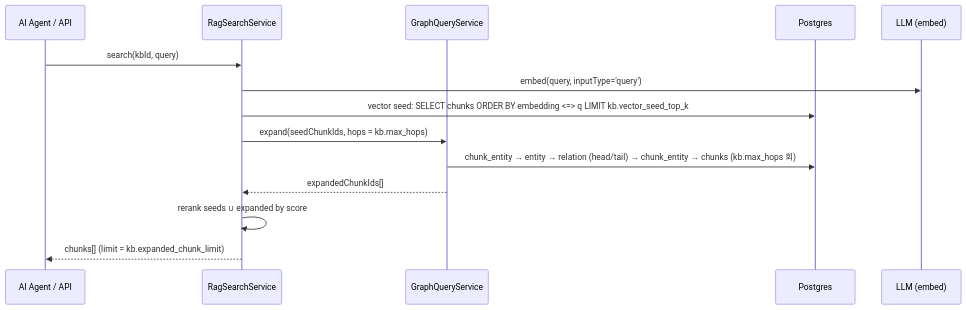
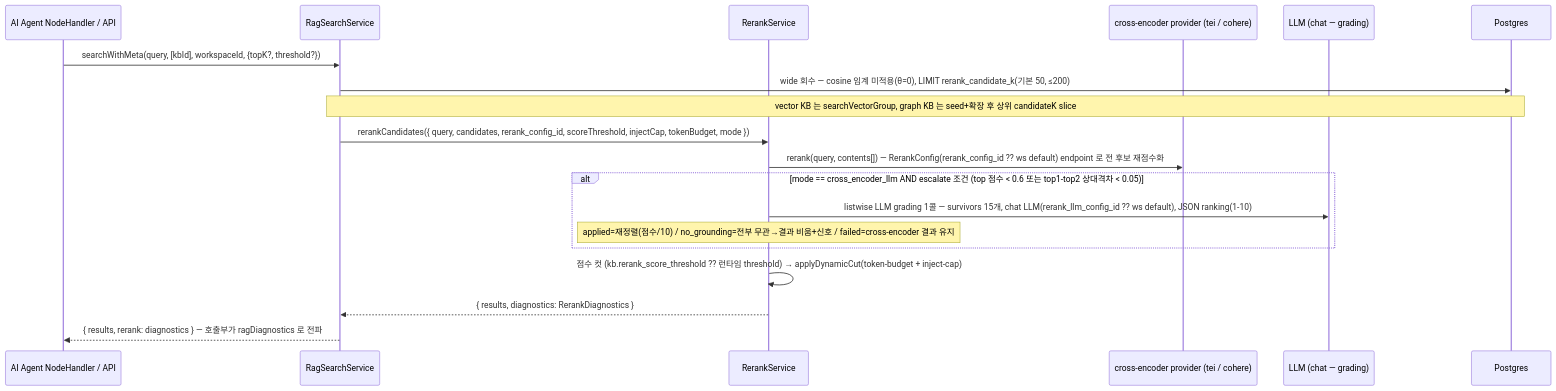
One commit to worker-ants/clemvion changed the fourth of 6 diagrams in spec/data-flow/6-knowledge-base.md. Above: the diagram before and after it, drawn with Mermaid. The commit also changed other lines of this file and 89 other files, not shown here.

First line of the commit message:
docs(spec): spec↔code 전수 상호 감사 — 역방향 커버리지 + drift 동기화 + data-flow 재구성 (위반 19건 보고) (#516)

````diff
--- a/spec/data-flow/6-knowledge-base.md
+++ b/spec/data-flow/6-knowledge-base.md
@@ -127,17 +175,22 @@
 ```mermaid
 sequenceDiagram
-  participant H as AI Agent / API
+  participant H as AI Agent NodeHandler / API
   participant R as RagSearchService
-  participant G as GraphQueryService
+  participant RS as RerankService
+  participant XE as cross-encoder provider (tei / cohere)
+  participant Lg as LLM (chat — grading)
   participant PG as Postgres
-  participant LLM as LLM (embed)
 
-  H->>R: search(kbId, query)
-  R->>LLM: embed(query, inputType='query')
-  R->>PG: vector seed: SELECT chunks ORDER BY embedding <=> q LIMIT kb.vector_seed_top_k
-  R->>G: expand(seedChunkIds, hops = kb.max_hops)
-  G->>PG: chunk_entity → entity → relation (head/tail) → chunk_entity → chunks (kb.max_hops 회)
-  G-->>R: expandedChunkIds[]
-  R->>R: rerank seeds ∪ expanded by score
-  R-->>H: chunks[] (limit = kb.expanded_chunk_limit)
+  H->>R: searchWithMeta(query, [kbId], workspaceId, {topK?, threshold?})
+  R->>PG: wide 회수 — cosine 임계 미적용(θ=0), LIMIT rerank_candidate_k(기본 50, ≤200)
+  Note over R,PG: vector KB 는 searchVectorGroup, graph KB 는 seed+확장 후 상위 candidateK slice
+  R->>RS: rerankCandidates({ query, candidates, rerank_config_id, scoreThreshold, injectCap, tokenBudget, mode })
+  RS->>XE: rerank(query, contents[]) — RerankConfig(rerank_config_id ?? ws default) endpoint 로 전 후보 재점수화
+  alt mode == cross_encoder_llm AND escalate 조건 (top 점수 < 0.6 또는 top1-top2 상대격차 < 0.05)
+    RS->>Lg: listwise LLM grading 1콜 — survivors 15개, chat LLM(rerank_llm_config_id ?? ws default), JSON ranking(1-10)
+    Note over RS: applied=재정렬(점수/10) / no_grounding=전부 무관→결과 비움+신호 / failed=cross-encoder 결과 유지
+  end
+  RS->>RS: 점수 컷 (kb.rerank_score_threshold ?? 런타임 threshold) → applyDynamicCut(token-budget + inject-cap)
+  RS-->>R: { results, diagnostics: RerankDiagnostics }
+  R-->>H: { results, rerank: diagnostics } — 호출부가 ragDiagnostics 로 전파
 ```
````
